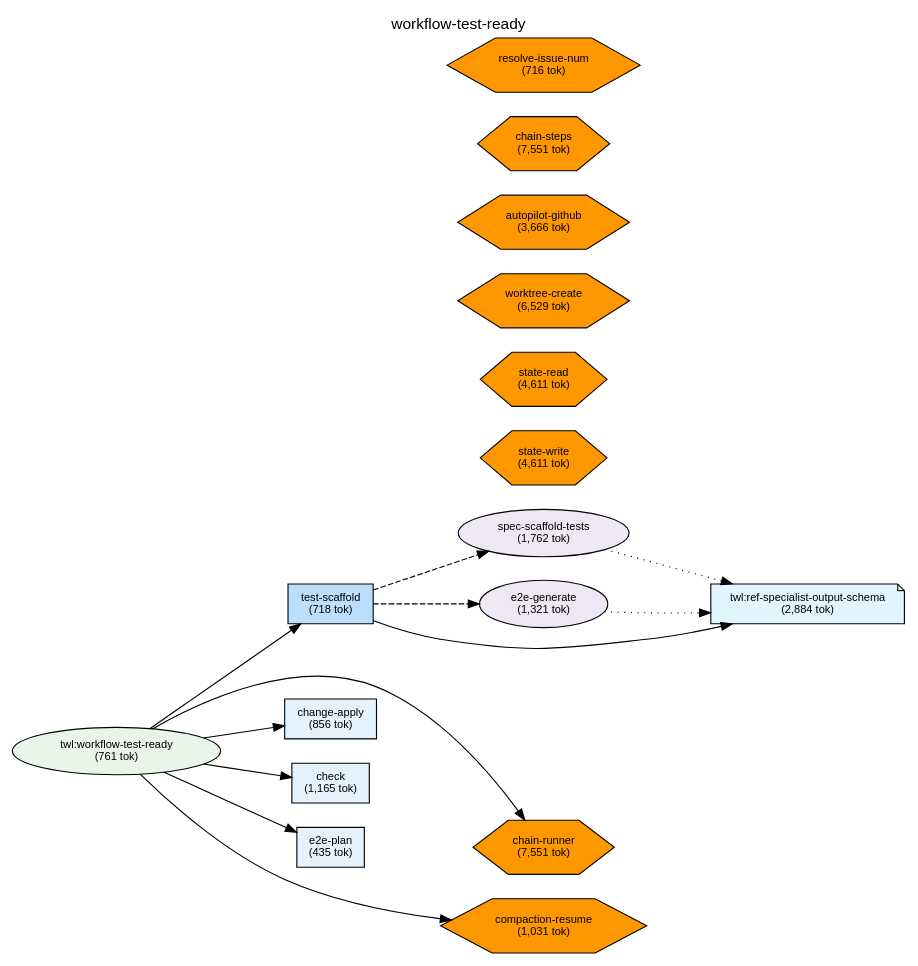
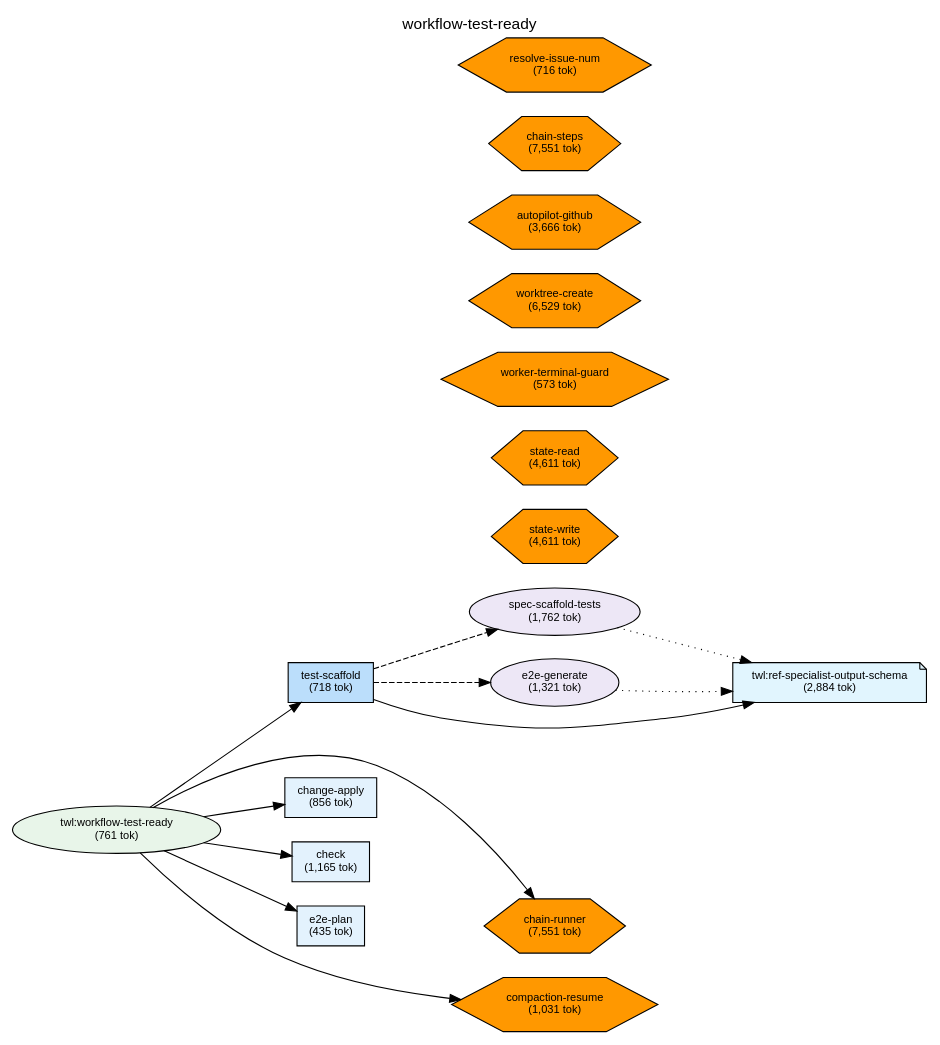
One commit to shuu5/twill changed the diagram in plugins/twl/docs/deps-workflow-test-ready.dot. Above: the diagram before and after it, drawn with Graphviz. The commit also changed 19 other files, not shown here.

```diff
--- a/plugins/twl/docs/deps-workflow-test-ready.dot
+++ b/plugins/twl/docs/deps-workflow-test-ready.dot
@@ -1,82 +1,83 @@
 digraph Dependencies {
     // Graph settings
     rankdir=LR;
     ranksep=0.8;
     nodesep=0.3;
     fontname="Helvetica";
     node [fontname="Helvetica", fontsize=10];
     edge [fontname="Helvetica", fontsize=9];
     label="workflow-test-ready";
     labelloc=t;
     fontsize=14;
 
     // L0: Controller Skills
 
     // L0: Launchers
 
     // L0.5: Workflow Skills
     skill_workflow_test_ready [label="twl:workflow-test-ready\n(761 tok)", shape=ellipse, style=filled, fillcolor="#e8f5e9"];
 
     // Reference Skills
     skill_ref_specialist_output_schema [label="twl:ref-specialist-output-schema\n(2,884 tok)", shape=note, style=filled, fillcolor="#e1f5fe"];
 
     // L1: Direct Commands
     cmd_change_apply [label="change-apply\n(856 tok)", shape=box, style=filled, fillcolor="#e3f2fd"];
     cmd_check [label="check\n(1,165 tok)", shape=box, style=filled, fillcolor="#e3f2fd"];
     cmd_e2e_plan [label="e2e-plan\n(435 tok)", shape=box, style=filled, fillcolor="#e3f2fd"];
     cmd_test_scaffold [label="test-scaffold\n(718 tok)", shape=box, style=filled, fillcolor="#bbdefb"];
 
     // L2: Sub Commands
 
     // L3: Agents
     agent_spec_scaffold_tests [label="spec-scaffold-tests\n(1,762 tok)", shape=ellipse, style=filled, fillcolor="#ede7f6"];
     agent_e2e_generate [label="e2e-generate\n(1,321 tok)", shape=ellipse, style=filled, fillcolor="#ede7f6"];
 
     // L3.5: Scripts
     script_state_read [label="state-read\n(4,611 tok)", shape=hexagon, style=filled, fillcolor="#FF9800"];
     script_state_write [label="state-write\n(4,611 tok)", shape=hexagon, style=filled, fillcolor="#FF9800"];
     script_chain_runner [label="chain-runner\n(7,551 tok)", shape=hexagon, style=filled, fillcolor="#FF9800"];
+    script_worker_terminal_guard [label="worker-terminal-guard\n(573 tok)", shape=hexagon, style=filled, fillcolor="#FF9800"];
     script_worktree_create [label="worktree-create\n(6,529 tok)", shape=hexagon, style=filled, fillcolor="#FF9800"];
     script_autopilot_github [label="autopilot-github\n(3,666 tok)", shape=hexagon, style=filled, fillcolor="#FF9800"];
     script_chain_steps [label="chain-steps\n(7,551 tok)", shape=hexagon, style=filled, fillcolor="#FF9800"];
     script_compaction_resume [label="compaction-resume\n(1,031 tok)", shape=hexagon, style=filled, fillcolor="#FF9800"];
     script_resolve_issue_num [label="resolve-issue-num\n(716 tok)", shape=hexagon, style=filled, fillcolor="#FF9800"];
 
     // L4: External
 
     // Layer constraints
     { rank=same; skill_workflow_test_ready; }
     { rank=same; skill_ref_specialist_output_schema; }
     { rank=same; cmd_change_apply; cmd_check; cmd_e2e_plan; cmd_test_scaffold; }
     { rank=same; agent_spec_scaffold_tests; agent_e2e_generate; }
-    { rank=same; script_state_read; script_state_write; script_chain_runner; script_worktree_create; script_autopilot_github; script_chain_steps; script_compaction_resume; script_resolve_issue_num; }
+    { rank=same; script_state_read; script_state_write; script_chain_runner; script_worker_terminal_guard; script_worktree_create; script_autopilot_github; script_chain_steps; script_compaction_resume; script_resolve_issue_num; }
 
     // Edges
     skill_workflow_test_ready -> cmd_test_scaffold;
     skill_workflow_test_ready -> cmd_change_apply;
     skill_workflow_test_ready -> cmd_check;
     skill_workflow_test_ready -> cmd_e2e_plan;
     skill_workflow_test_ready -> script_chain_runner;
     skill_workflow_test_ready -> script_compaction_resume;
     cmd_test_scaffold -> agent_spec_scaffold_tests [style=dashed];
     cmd_test_scaffold -> agent_e2e_generate [style=dashed];
     cmd_test_scaffold -> skill_ref_specialist_output_schema;
     agent_spec_scaffold_tests -> skill_ref_specialist_output_schema [style=dotted];
     agent_e2e_generate -> skill_ref_specialist_output_schema [style=dotted];
 
     // Ordering constraints (invisible edges)
     script_chain_runner -> script_compaction_resume [style=invis, weight=10];
     cmd_test_scaffold -> cmd_change_apply [style=invis, weight=10];
     cmd_change_apply -> cmd_check [style=invis, weight=10];
     cmd_check -> cmd_e2e_plan [style=invis, weight=10];
     cmd_e2e_plan -> script_chain_runner [style=invis, weight=10];
     script_chain_runner -> script_compaction_resume [style=invis, weight=10];
     script_chain_runner -> script_compaction_resume [style=invis, weight=10];
     script_chain_runner -> script_compaction_resume [style=invis, weight=10];
     agent_spec_scaffold_tests -> agent_e2e_generate [style=invis, weight=10];
     agent_e2e_generate -> skill_ref_specialist_output_schema [style=invis, weight=10];
     script_state_read -> script_state_write [style=invis, weight=10];
     script_state_read -> script_state_write [style=invis, weight=10];
     script_state_read -> script_state_write [style=invis, weight=10];
 
 }
```
